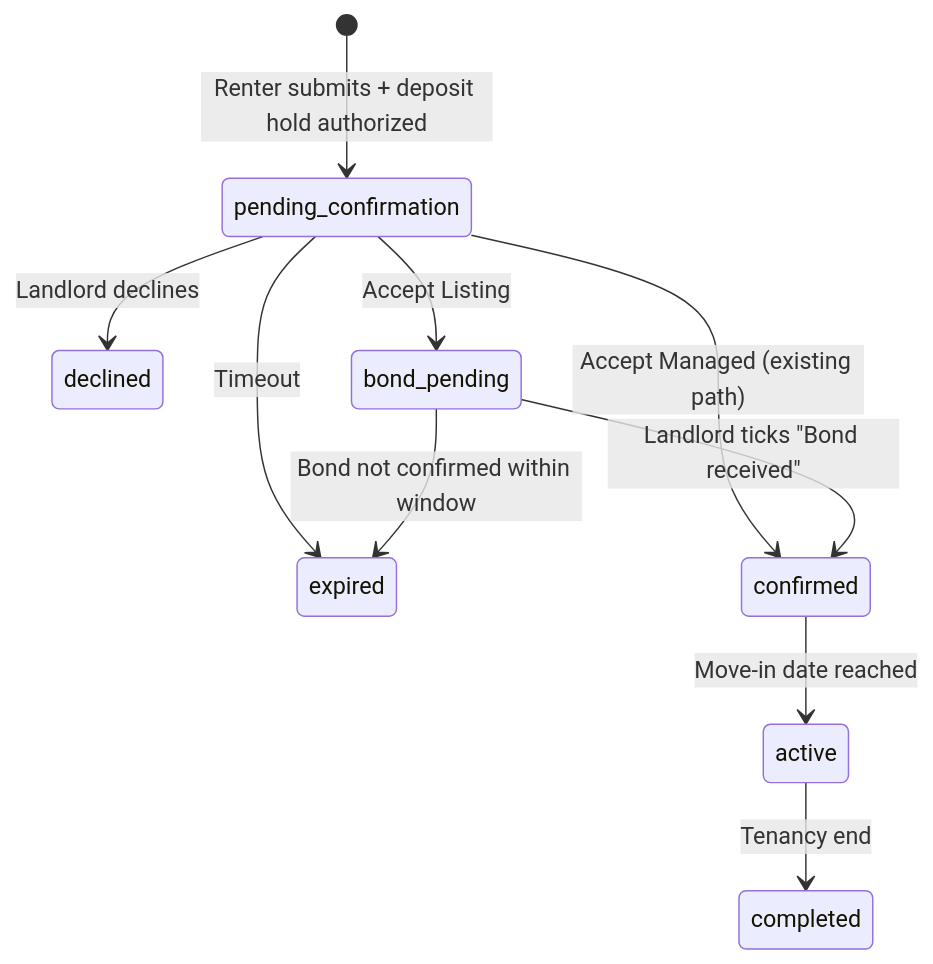
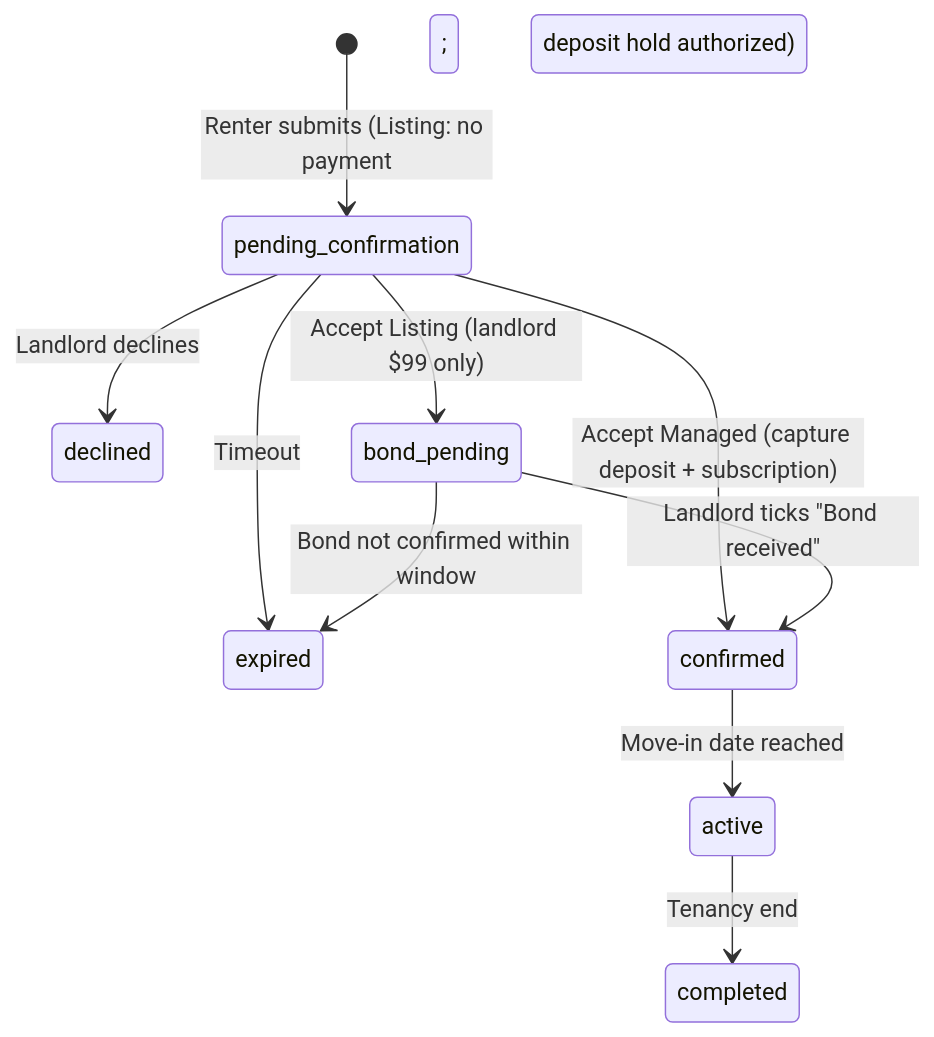
The diagram in docs/phase-3-landlord-listing.md (robertsalta-wq/quni-living), drawn with Mermaid before and after one commit. The commit also changed other lines of this file and 14 other files, not shown here.

Commit message:
Fork Listing apply off the deposit pipeline: no student PI, deposit, or rent collection on Listing

````diff
--- a/docs/phase-3-landlord-listing.md
+++ b/docs/phase-3-landlord-listing.md
@@ -72,12 +72,12 @@
 ```mermaid
 stateDiagram-v2
-    [*] --> pending_confirmation: Renter submits + deposit hold authorized
+    [*] --> pending_confirmation: Renter submits (Listing: no payment; Managed: deposit hold authorized)
     pending_confirmation --> declined: Landlord declines
     pending_confirmation --> expired: Timeout
-    pending_confirmation --> confirmed: Accept Managed (existing path)
-    pending_confirmation --> bond_pending: Accept Listing
+    pending_confirmation --> confirmed: Accept Managed (capture deposit + subscription)
+    pending_confirmation --> bond_pending: Accept Listing (landlord $99 only)
     bond_pending --> confirmed: Landlord ticks "Bond received"
     bond_pending --> expired: Bond not confirmed within window
     confirmed --> active: Move-in date reached
     active --> completed: Tenancy end
 ```
````
